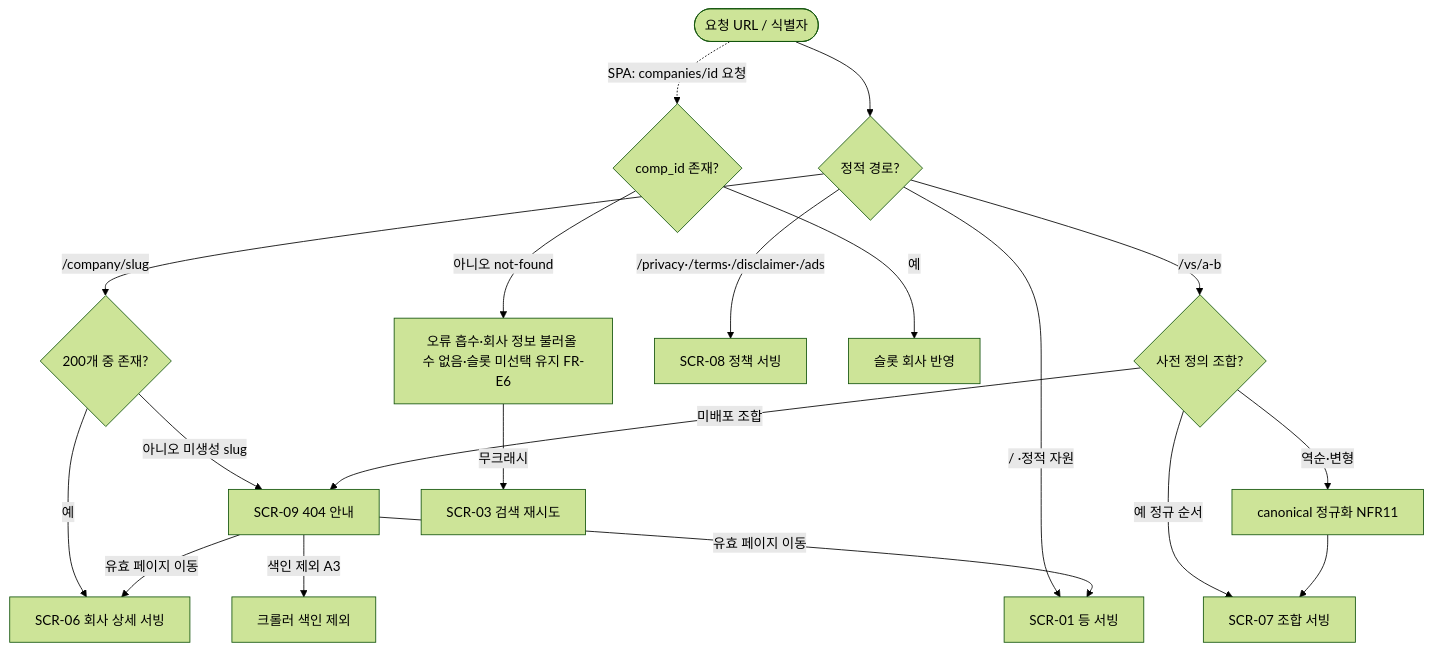
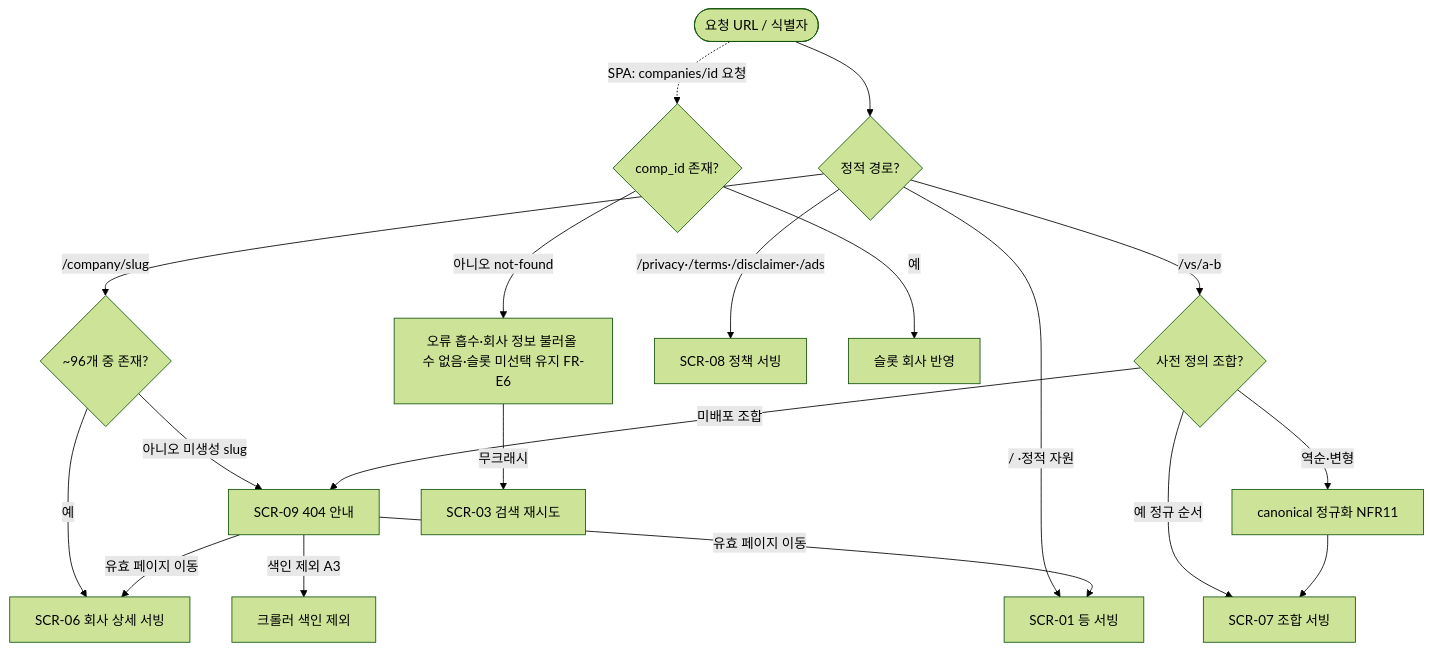
The fourth of 4 diagrams in docs/FLOW/01-사이트맵과-네비.md (bji1062/loupit), drawn with Mermaid (forest theme) before and after one commit. The commit also changed other lines of this file and 24 other files, not shown here.

````diff
--- a/docs/FLOW/01-사이트맵과-네비.md
+++ b/docs/FLOW/01-사이트맵과-네비.md
@@ -360,26 +360,26 @@
 ```mermaid
 flowchart TD
     REQ([요청 URL / 식별자])
     REQ --> Q1{정적 경로?}
 
-    Q1 -->|/company/slug| Q2{200개 중 존재?}
+    Q1 -->|/company/slug| Q2{~96개 중 존재?}
     Q1 -->|/vs/a-b| Q3{사전 정의 조합?}
     Q1 -->|/privacy·/terms·/disclaimer·/ads| SERVE_P[SCR-08 정책 서빙]
     Q1 -->|/ ·정적 자원| SERVE_H[SCR-01 등 서빙]
 
     Q2 -->|예| SERVE6[SCR-06 회사 상세 서빙]
     Q2 -->|아니오 미생성 slug| S404[SCR-09 404 안내]
     Q3 -->|예 정규 순서| SERVE7[SCR-07 조합 서빙]
     Q3 -->|역순·변형| CANON[canonical 정규화 NFR11]
     Q3 -->|미배포 조합| S404
     CANON --> SERVE7
 
     S404 -->|색인 제외 A3| NOINDEX[크롤러 색인 제외]
     S404 -->|유효 페이지 이동| SERVE_H
     S404 -->|유효 페이지 이동| SERVE6
 
     REQ -.->|SPA: companies/id 요청| Q4{comp_id 존재?}
     Q4 -->|예| OK[슬롯 회사 반영]
     Q4 -->|아니오 not-found| ABSORB[오류 흡수·회사 정보 불러올 수 없음·슬롯 미선택 유지 FR-E6]
     ABSORB -->|무크래시| SCR03[SCR-03 검색 재시도]
 ```
````
